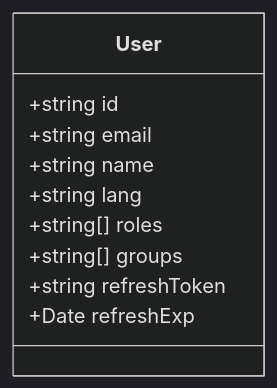
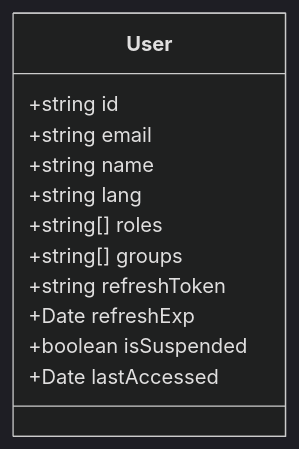
One commit to remarcmij/taalwiz-mono changed diagram 14 of 18 in apps/web/ARCHITECTURE.md. Above: the diagram before and after it, drawn with Mermaid (dark theme). The commit also changed other lines of this file, not shown here.

First line of the commit message:
docs(web): update ARCHITECTURE.md to reflect recent frontend changes

````diff
--- a/apps/web/ARCHITECTURE.md
+++ b/apps/web/ARCHITECTURE.md
@@ -510,13 +542,15 @@
 ```mermaid
 classDiagram
     class User {
         +string id
         +string email
         +string name
         +string lang
         +string[] roles
         +string[] groups
         +string refreshToken
         +Date refreshExp
+        +boolean isSuspended
+        +Date lastAccessed
     }
 ```
````
